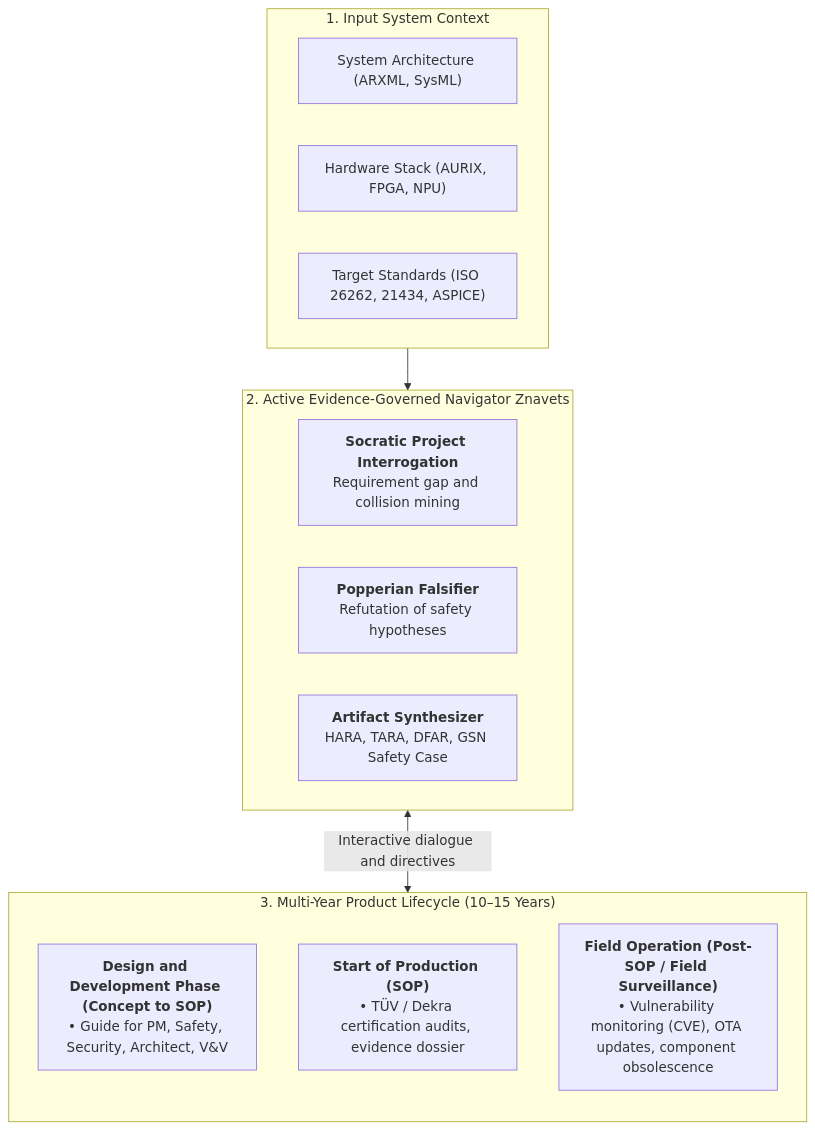
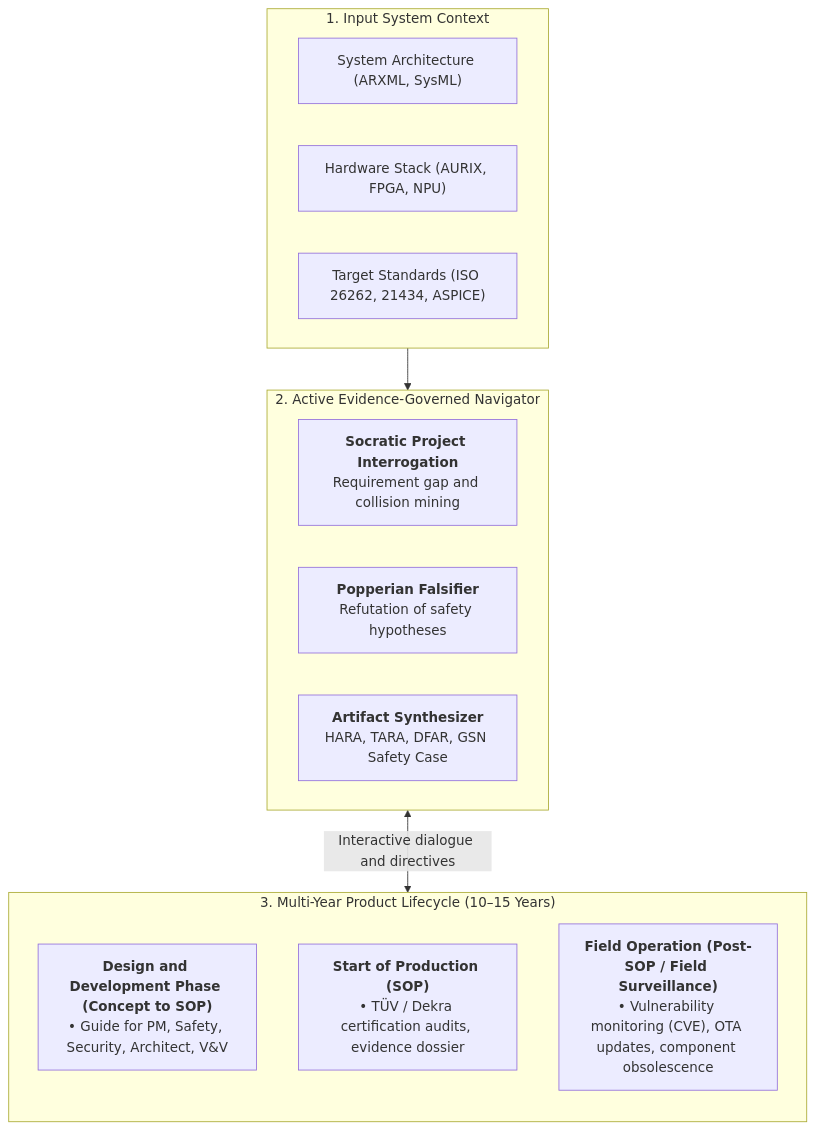
One commit to nick-fedchik/articles changed the first of 3 diagrams in ExpertSystem/translations/en/ch39-active-compliance-auditor-and-popperian-testing.md. Above: the diagram before and after it, drawn with Mermaid. The commit also changed other lines of this file and 32 other files, not shown here.

Commit message:
fix(epistemic): eliminate Znavets brand references from Pro et Contra and architectures across all chapters (UA, EN, DE)

````diff
--- a/ExpertSystem/translations/en/ch39-active-compliance-auditor-and-popperian-testing.md
+++ b/ExpertSystem/translations/en/ch39-active-compliance-auditor-and-popperian-testing.md
@@ -79,27 +79,27 @@
 ```mermaid
 flowchart TD
     accTitle: Interactive product lifecycle guidance by an active auditor
     accDescr: Expert system as an engineering team navigator from concept to long-term operational deployment.
 
     subgraph INPUTS["1. Input System Context"]
         SYS_ARCH["System Architecture (ARXML, SysML)"]
         HW_STACK["Hardware Stack (AURIX, FPGA, NPU)"]
         STANDARDS["Target Standards (ISO 26262, 21434, ASPICE)"]
     end
 
-    subgraph ENGINE["2. Active Evidence-Governed Navigator Znavets"]
+    subgraph ENGINE["2. Active Evidence-Governed Navigator"]
         SOCRATIC["<b>Socratic Project Interrogation</b><br/>Requirement gap and collision mining"]
         POPPER_CORE["<b>Popperian Falsifier</b><br/>Refutation of safety hypotheses"]
         SYNTH_DOC["<b>Artifact Synthesizer</b><br/>HARA, TARA, DFAR, GSN Safety Case"]
     end
 
     subgraph LIFECYCLE["3. Multi-Year Product Lifecycle (10–15 Years)"]
         direction TB
         DEV["<b>Design and Development Phase (Concept to SOP)</b><br/>• Guide for PM, Safety, Security, Architect, V&V"]
         SOP["<b>Start of Production (SOP)</b><br/>• TÜV / Dekra certification audits, evidence dossier"]
         POST_SOP["<b>Field Operation (Post-SOP / Field Surveillance)</b><br/>• Vulnerability monitoring (CVE), OTA updates, component obsolescence"]
     end
 
     INPUTS --> ENGINE
     ENGINE <-->|"Interactive dialogue and directives"| LIFECYCLE
 ```
````
